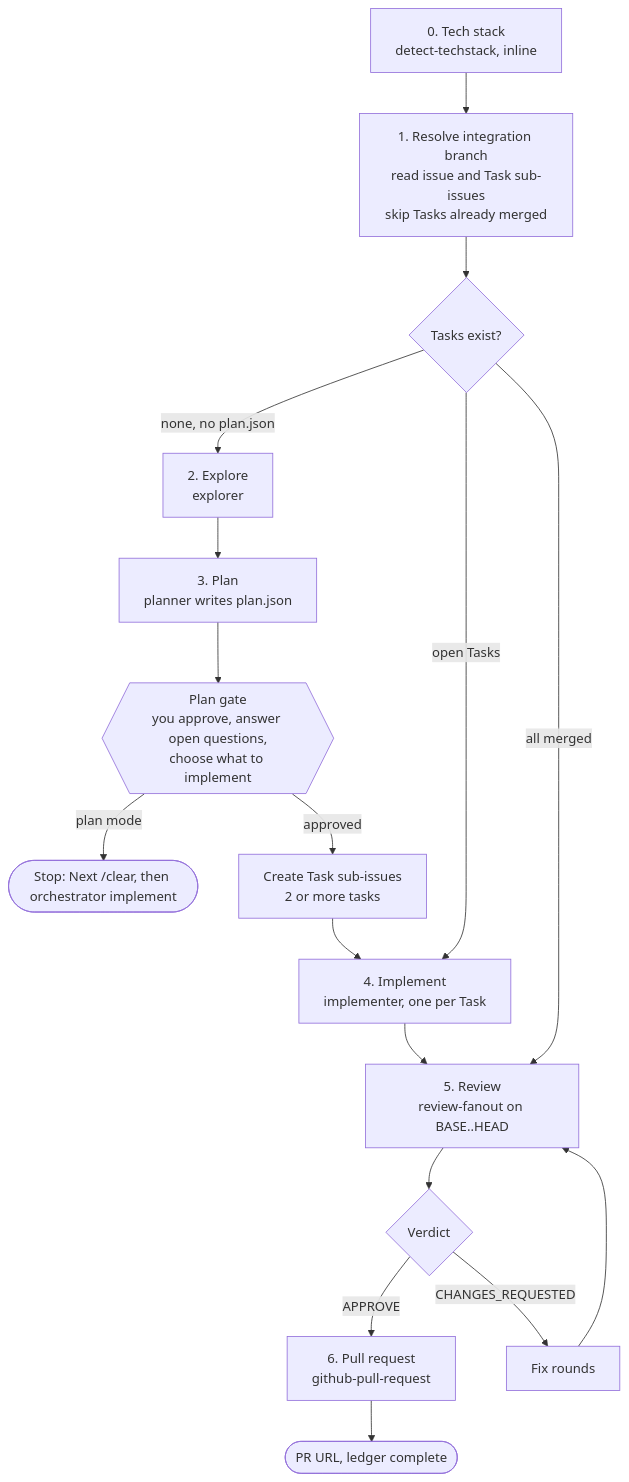
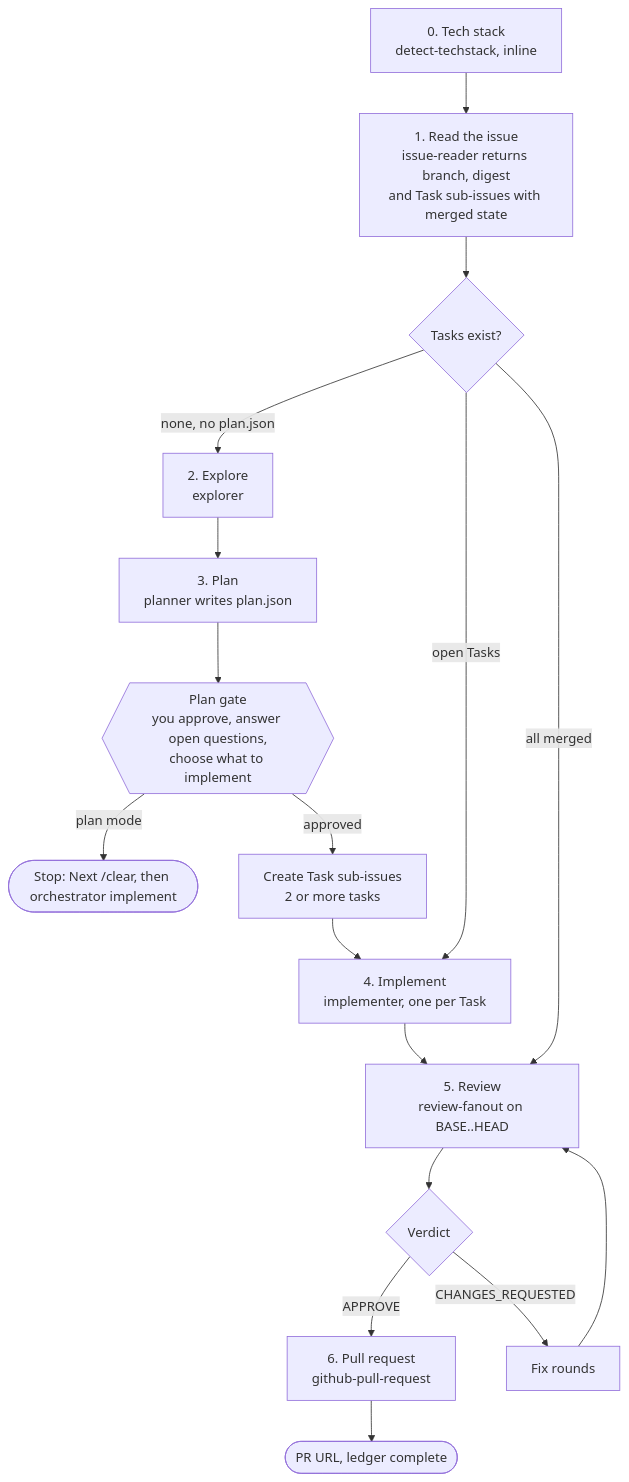
The second of 10 diagrams in docs/orchestrator.md (GravionLabs/apm-hub), drawn with Mermaid before and after one commit. The commit also changed other lines of this file and 12 other files, not shown here.

First line of the commit message:
feat(agents): issue-reader subagent resolves issue, branch and task state as JSON (#304)

````diff
--- a/docs/orchestrator.md
+++ b/docs/orchestrator.md
@@ -52,18 +54,18 @@
 ```mermaid
 flowchart TD
-    S0["0. Tech stack<br/>detect-techstack, inline"] --> S1["1. Resolve integration branch<br/>read issue and Task sub-issues<br/>skip Tasks already merged"]
+    S0["0. Tech stack<br/>detect-techstack, inline"] --> S1["1. Read the issue<br/>issue-reader returns branch, digest<br/>and Task sub-issues with merged state"]
     S1 --> Q{"Tasks exist?"}
     Q -->|"none, no plan.json"| S2["2. Explore<br/>explorer"]
     Q -->|"open Tasks"| S4
     Q -->|"all merged"| S5
     S2 --> S3["3. Plan<br/>planner writes plan.json"]
     S3 --> G1{{"Plan gate<br/>you approve, answer open questions,<br/>choose what to implement"}}
     G1 -->|"plan mode"| STOP([Stop: Next /clear, then orchestrator implement])
     G1 -->|"approved"| PUB["Create Task sub-issues<br/>2 or more tasks"]
     PUB --> S4["4. Implement<br/>implementer, one per Task"]
     S4 --> S5["5. Review<br/>review-fanout on BASE..HEAD"]
     S5 --> V{"Verdict"}
     V -->|"APPROVE"| S6["6. Pull request<br/>github-pull-request"]
     V -->|"CHANGES_REQUESTED"| FIX["Fix rounds"] --> S5
     S6 --> END([PR URL, ledger complete])
 ```
````
